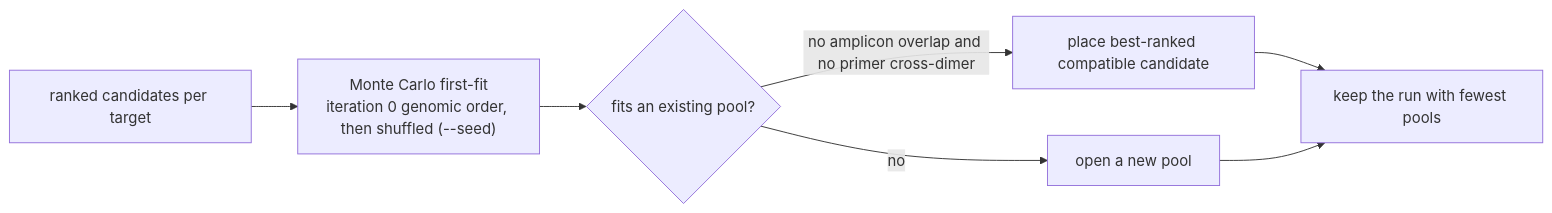
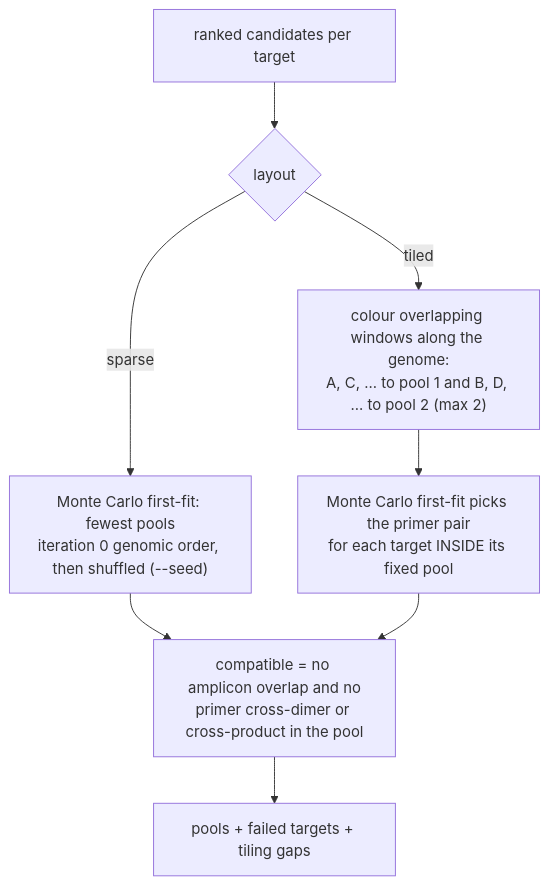
One commit to AHumanBrain/my_amplicon_project changed the fourth of 9 diagrams in README.md. Above: the diagram before and after it, drawn with Mermaid. The commit also changed other lines of this file and 7 other files, not shown here.

````diff
--- a/README.md
+++ b/README.md
@@ -122,8 +136,10 @@
 ```mermaid
-flowchart LR
-    C["ranked candidates per target"] --> M["Monte Carlo first-fit<br/>iteration 0 genomic order, then shuffled (--seed)"]
-    M --> Q{"fits an existing pool?"}
-    Q -- "no amplicon overlap and no primer cross-dimer" --> A["place best-ranked compatible candidate"]
-    Q -- "no" --> N["open a new pool"]
-    A & N --> K["keep the run with fewest pools"]
+flowchart TD
+    C["ranked candidates per target"] --> L{"layout"}
+    L -- "sparse" --> M["Monte Carlo first-fit: fewest pools<br/>iteration 0 genomic order, then shuffled (--seed)"]
+    L -- "tiled" --> T["colour overlapping windows along the genome:<br/>A, C, ... to pool 1 and B, D, ... to pool 2 (max 2)"]
+    T --> F["Monte Carlo first-fit picks the primer pair<br/>for each target INSIDE its fixed pool"]
+    M --> K["compatible = no amplicon overlap and no<br/>primer cross-dimer or cross-product in the pool"]
+    F --> K
+    K --> OUT["pools + failed targets + tiling gaps"]
 ```
````
